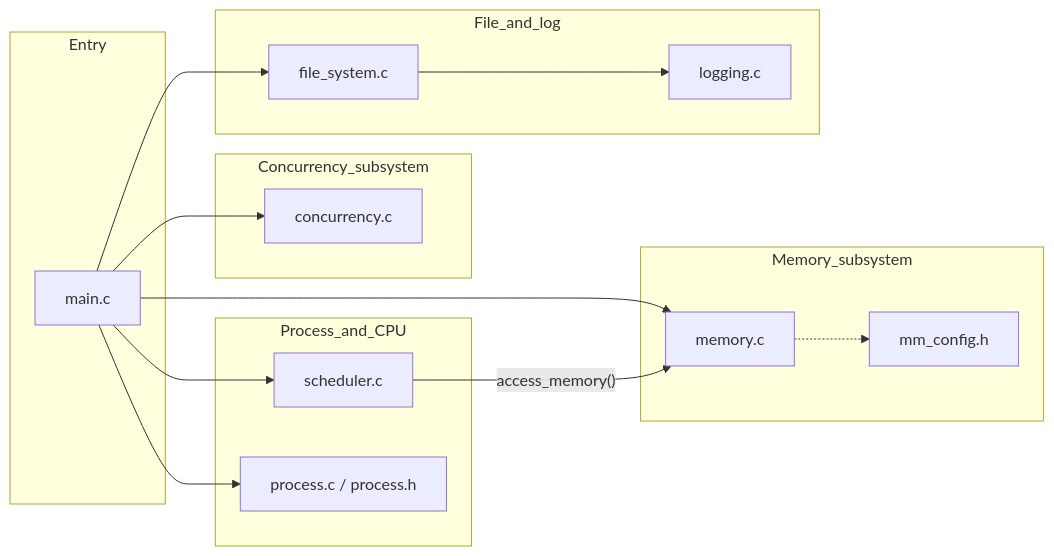
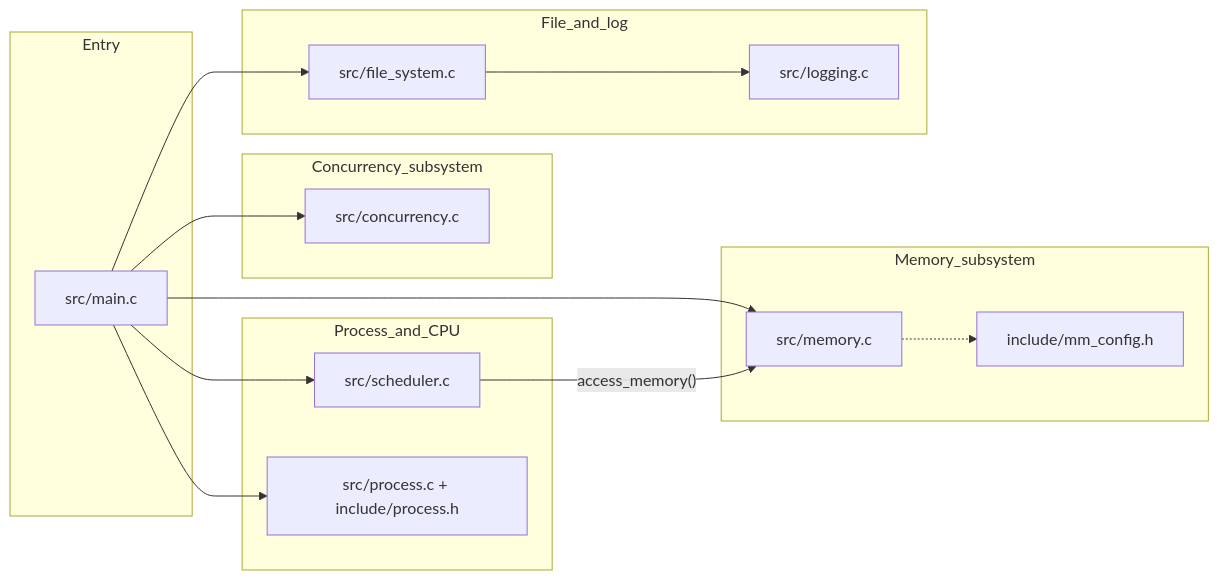
Before and after one commit to OS-Project1/Mini-OS-Simulator: the first of 2 diagrams in README.md, drawn with Mermaid. The commit also changed other lines of this file and 16 other files, not shown here.

Commit message:
Refactor: src/ ve include/ altında modüler dizin yapısı

````diff
--- a/README.md
+++ b/README.md
@@ -39,35 +47,35 @@
 ```mermaid
 flowchart LR
     subgraph Entry
-        MAIN[main.c]
+        MAIN[src/main.c]
     end
 
     subgraph Process_and_CPU
-        SCHED[scheduler.c]
-        PROC[process.c / process.h]
+        SCHED[src/scheduler.c]
+        PROC[src/process.c + include/process.h]
     end
 
     subgraph Memory_subsystem
-        MEM[memory.c]
-        MMC[mm_config.h]
+        MEM[src/memory.c]
+        MMC[include/mm_config.h]
     end
 
     subgraph Concurrency_subsystem
-        CONC[concurrency.c]
+        CONC[src/concurrency.c]
     end
 
     subgraph File_and_log
-        FS[file_system.c]
-        LOG[logging.c]
+        FS[src/file_system.c]
+        LOG[src/logging.c]
     end
 
     MAIN --> SCHED
     MAIN --> PROC
     MAIN --> MEM
     MAIN --> CONC
     MAIN --> FS
 
     SCHED -->|"access_memory()"| MEM
     MEM -.-> MMC
     FS --> LOG
 ```
````
